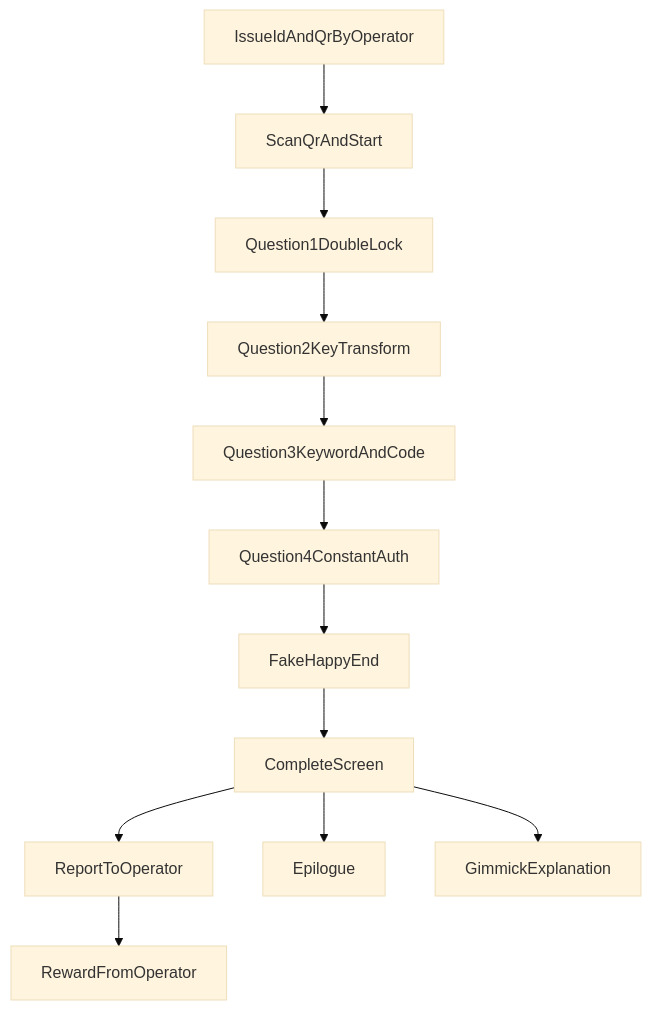
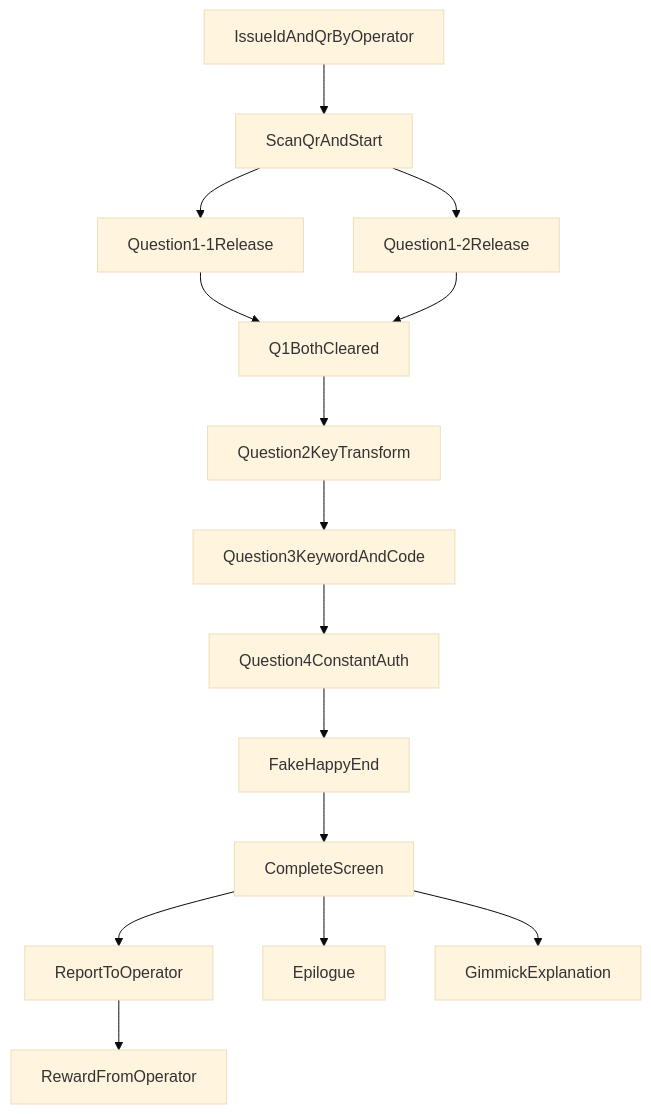
One commit to Nagomu0128/icho-specs changed the diagram in specs.md. Above: the diagram before and after it, drawn with Mermaid (base theme). The commit also changed other lines of this file, not shown here.

````diff
--- a/specs.md
+++ b/specs.md
@@ -56,14 +56,17 @@
 ```mermaid
 flowchart TD
 idIssue[IssueIdAndQrByOperator] --> start[ScanQrAndStart]
-start --> q1[Question1DoubleLock]
-q1 --> q2[Question2KeyTransform]
+start --> q1_1[Question1-1Release]
+start --> q1_2[Question1-2Release]
+q1_1 --> q1Gate[Q1BothCleared]
+q1_2 --> q1Gate
+q1Gate --> q2[Question2KeyTransform]
 q2 --> q3[Question3KeywordAndCode]
 q3 --> q4[Question4ConstantAuth]
 q4 --> fakeEnd[FakeHappyEnd]
 fakeEnd --> complete[CompleteScreen]
+complete --> report[ReportToOperator]
 report --> reward[RewardFromOperator]
-complete --> report[ReportToOperator]
 complete --> epilogue[Epilogue]
 complete --> explain[GimmickExplanation]
 ```
````
